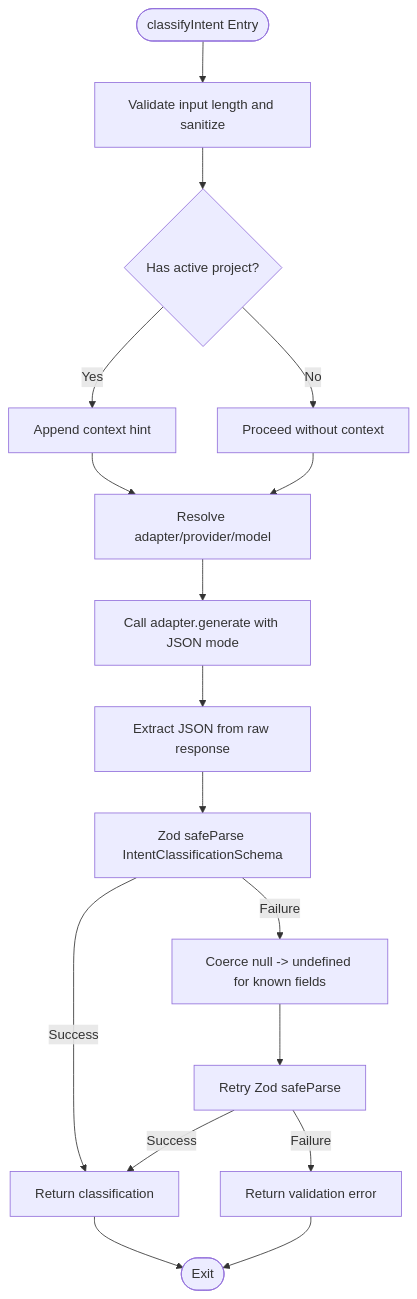
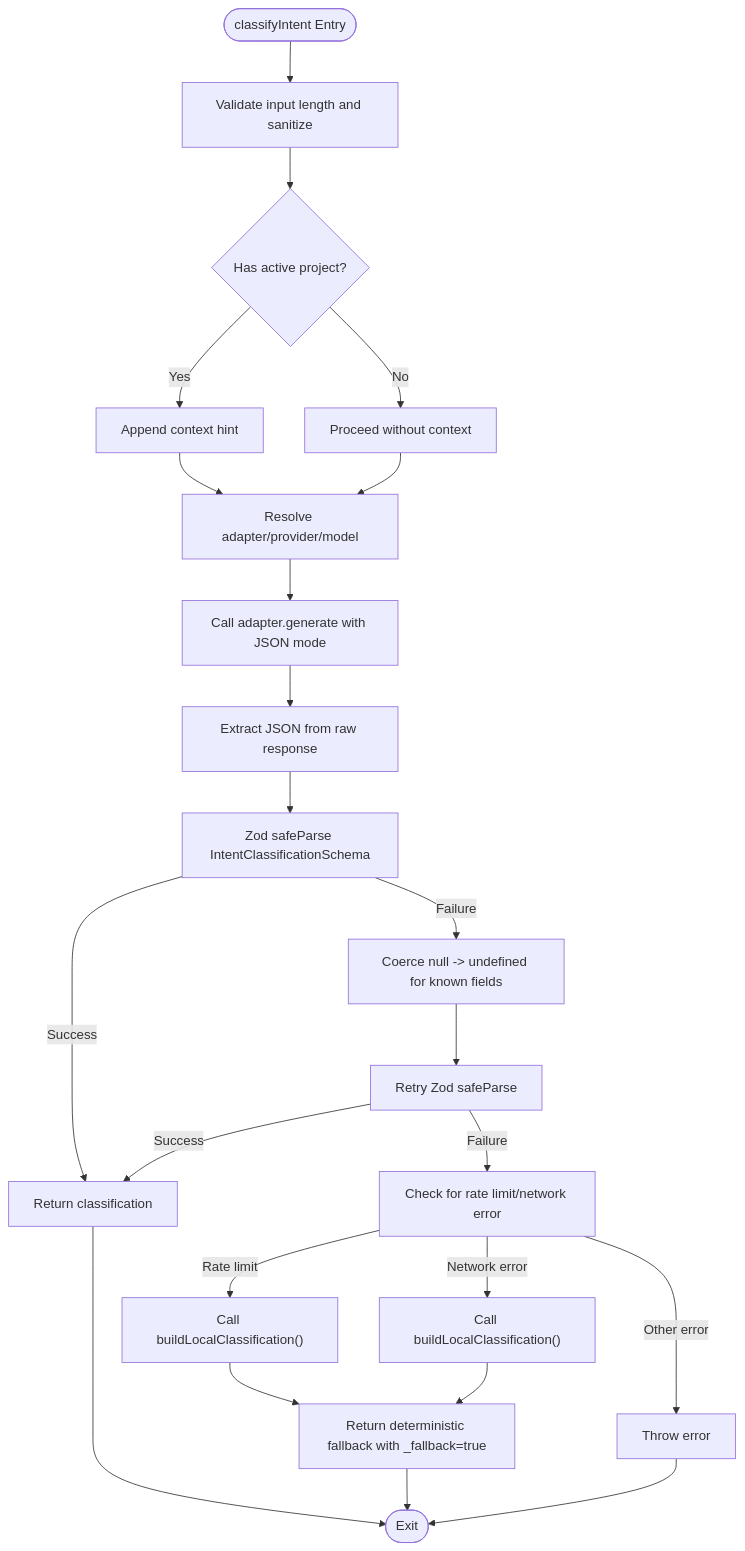
The third of 10 diagrams in .qoder/repowiki/en/content/AI Generation Engine/Core Generation Pipeline/Intent Processing & Blueprint Selection.md (shekhargiri005-dotcom/AI-powered-accessibility-first-UI-engine), drawn with Mermaid before and after one commit. The commit also changed other lines of this file and 71 other files, not shown here.

````diff
--- a/.qoder/repowiki/en/content/AI Generation Engine/Core Generation Pipeline/Intent Processing & Blueprint Selection.md
+++ b/.qoder/repowiki/en/content/AI Generation Engine/Core Generation Pipeline/Intent Processing & Blueprint Selection.md
@@ -140,19 +151,25 @@
 ```mermaid
 flowchart TD
 Start(["classifyIntent Entry"]) --> Validate["Validate input length and sanitize"]
 Validate --> HasContext{"Has active project?"}
 HasContext --> |Yes| AddContext["Append context hint"]
 HasContext --> |No| SkipContext["Proceed without context"]
 AddContext --> ResolveAdapter["Resolve adapter/provider/model"]
 SkipContext --> ResolveAdapter
 ResolveAdapter --> CallAdapter["Call adapter.generate with JSON mode"]
 CallAdapter --> ParseJSON["Extract JSON from raw response"]
 ParseJSON --> ValidateSchema["Zod safeParse IntentClassificationSchema"]
 ValidateSchema --> |Success| ReturnOK["Return classification"]
 ValidateSchema --> |Failure| Coerce["Coerce null -> undefined for known fields"]
 Coerce --> ValidateSchema2["Retry Zod safeParse"]
 ValidateSchema2 --> |Success| ReturnOK
-ValidateSchema2 --> |Failure| ReturnErr["Return validation error"]
+ValidateSchema2 --> |Failure| CheckError["Check for rate limit/network error"]
+CheckError --> |Rate limit| LocalFallback["Call buildLocalClassification()"]
+LocalFallback --> ReturnFallback["Return deterministic fallback with _fallback=true"]
+CheckError --> |Network error| LocalFallback2["Call buildLocalClassification()"]
+LocalFallback2 --> ReturnFallback
+CheckError --> |Other error| ReturnErr["Throw error"]
 ReturnOK --> End(["Exit"])
+ReturnFallback --> End
 ReturnErr --> End
 ```
````
